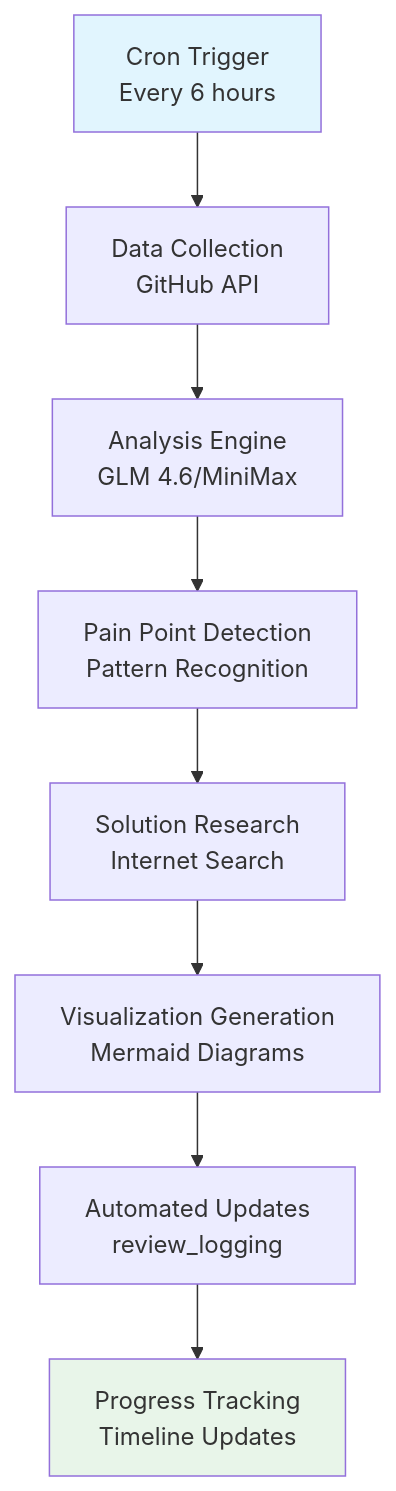
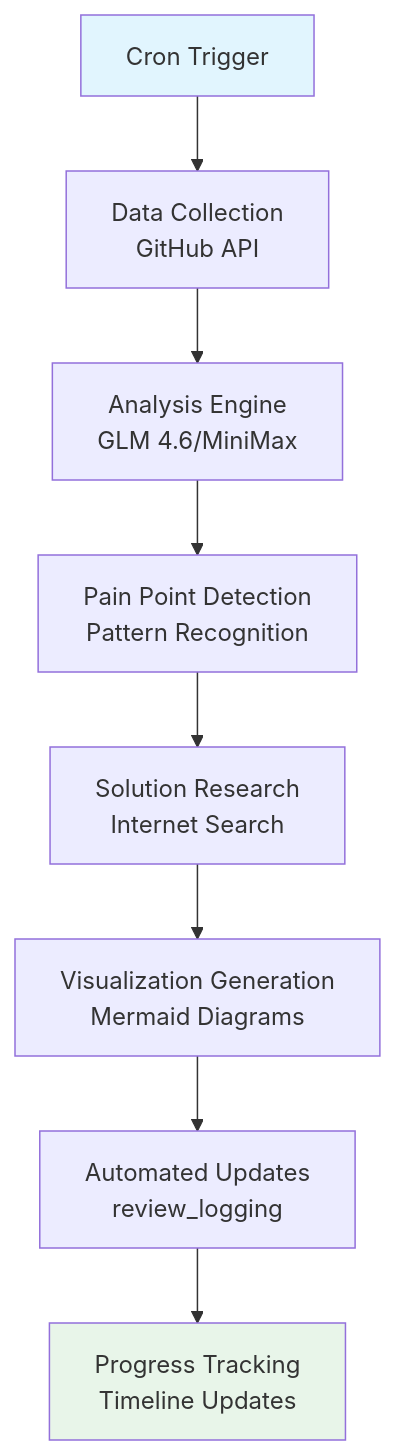
One commit to Coldaine/repo-analysis-system changed the first of 5 diagrams in docs/vision-v1-cron-analysis/proposed-needs.md. Above: the diagram before and after it, drawn with Mermaid. The commit also changed other lines of this file and 21 other files, not shown here.

````diff
--- a/docs/vision-v1-cron-analysis/proposed-needs.md
+++ b/docs/vision-v1-cron-analysis/proposed-needs.md
@@ -21,12 +21,12 @@
 ```mermaid
 flowchart TD
-    A[Cron Trigger<br/>Every 6 hours] --> B[Data Collection<br/>GitHub API]
+    A[Cron Trigger] --> B[Data Collection<br/>GitHub API]
     B --> C[Analysis Engine<br/>GLM 4.6/MiniMax]
     C --> D[Pain Point Detection<br/>Pattern Recognition]
     D --> E[Solution Research<br/>Internet Search]
     E --> F[Visualization Generation<br/>Mermaid Diagrams]
     F --> G[Automated Updates<br/>review_logging]
     G --> H[Progress Tracking<br/>Timeline Updates]
     style A fill:#e1f5fe
     style H fill:#e8f5e9
 ```
````
